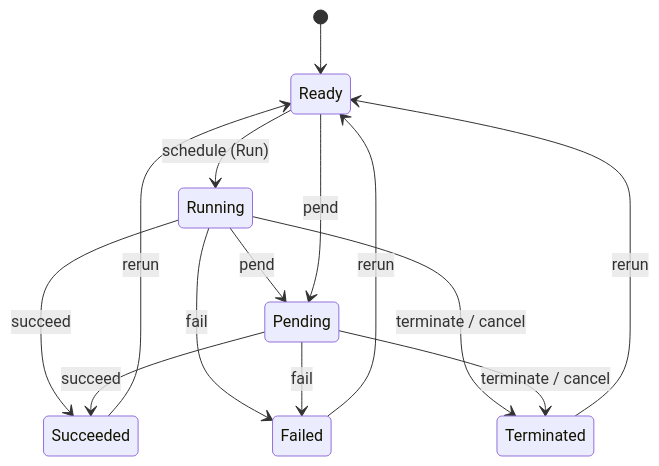
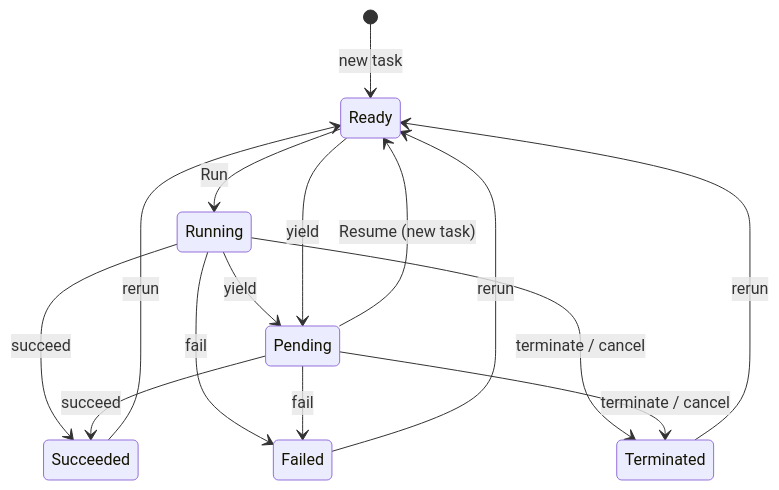
The second of 2 diagrams in README.md (cgfork/rayflow), drawn with Mermaid before and after one commit. The commit also changed other lines of this file and 39 other files, not shown here.

````diff
--- a/README.md
+++ b/README.md
@@ -392,16 +470,17 @@
 ```mermaid
 stateDiagram-v2
-    [*] --> Ready
-    Ready --> Running: schedule (Run)
-    Running --> Pending: pend
-    Ready --> Pending: pend
+    [*] --> Ready: new task
+    Ready --> Running: Run
+    Running --> Pending: yield
+    Ready --> Pending: yield
+    Pending --> Ready: Resume (new task)
     Running --> Succeeded: succeed
     Pending --> Succeeded: succeed
     Running --> Failed: fail
     Pending --> Failed: fail
     Running --> Terminated: terminate / cancel
     Pending --> Terminated: terminate / cancel
     Succeeded --> Ready: rerun
     Failed --> Ready: rerun
     Terminated --> Ready: rerun
 ```
````
